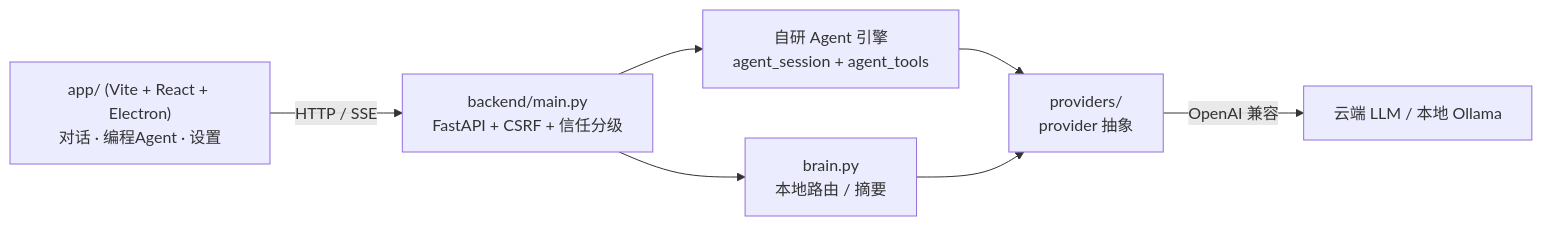
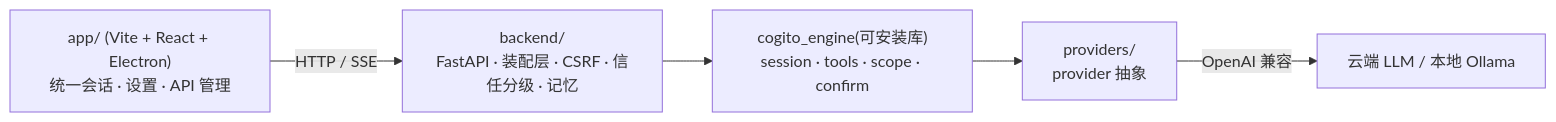
The diagram in README.md (Lenssansi/Cogito), drawn with Mermaid before and after one commit. The commit also changed other lines of this file and 3 other files, not shown here.

````diff
--- a/README.md
+++ b/README.md
@@ -22,9 +23,7 @@
 ```mermaid
 flowchart LR
-  UI["app/ (Vite + React + Electron)<br/>对话 · 编程Agent · 设置"] -->|HTTP / SSE| API["backend/main.py<br/>FastAPI + CSRF + 信任分级"]
-  API --> ENGINE["自研 Agent 引擎<br/>agent_session + agent_tools"]
-  API --> BRAIN["brain.py<br/>本地路由 / 摘要"]
+  UI["app/ (Vite + React + Electron)<br/>统一会话 · 设置 · API 管理"] -->|HTTP / SSE| API["backend/<br/>FastAPI · 装配层 · CSRF · 信任分级 · 记忆"]
+  API --> ENGINE["cogito_engine(可安装库)<br/>session · tools · scope · confirm"]
   ENGINE --> PROV["providers/<br/>provider 抽象"]
-  BRAIN --> PROV
   PROV -->|OpenAI 兼容| LLM["云端 LLM / 本地 Ollama"]
 ```
````
